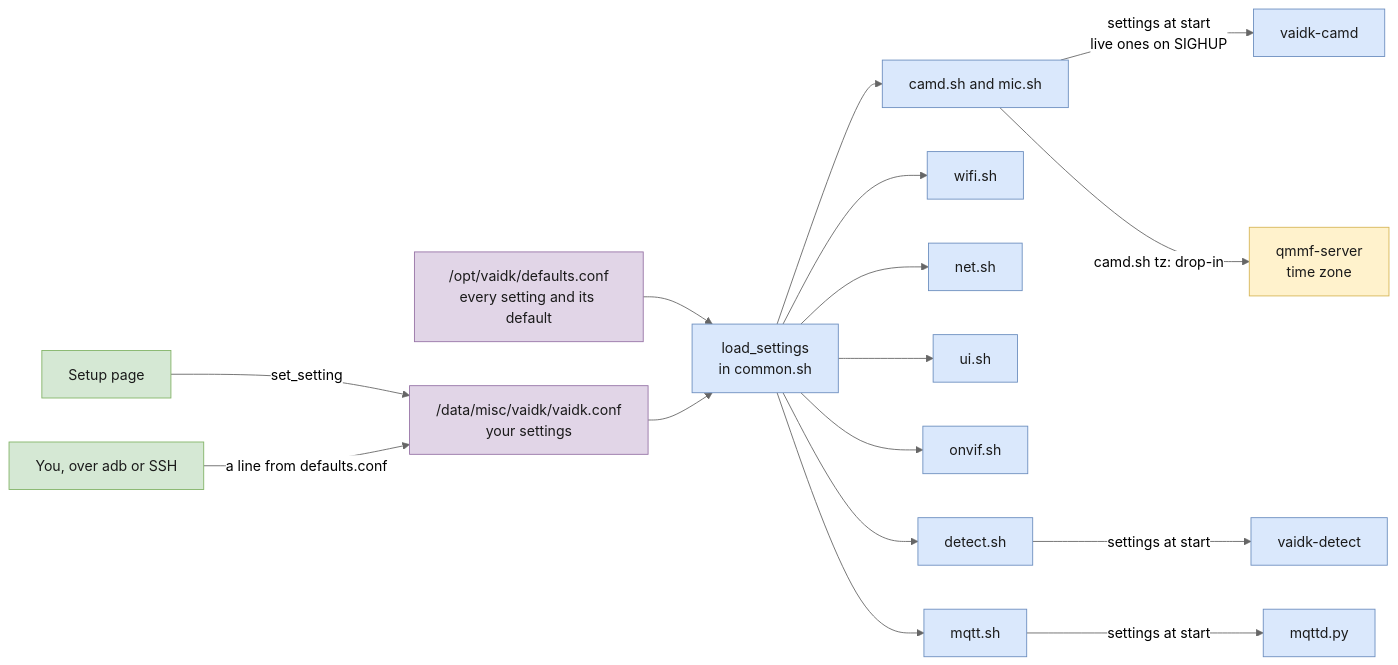
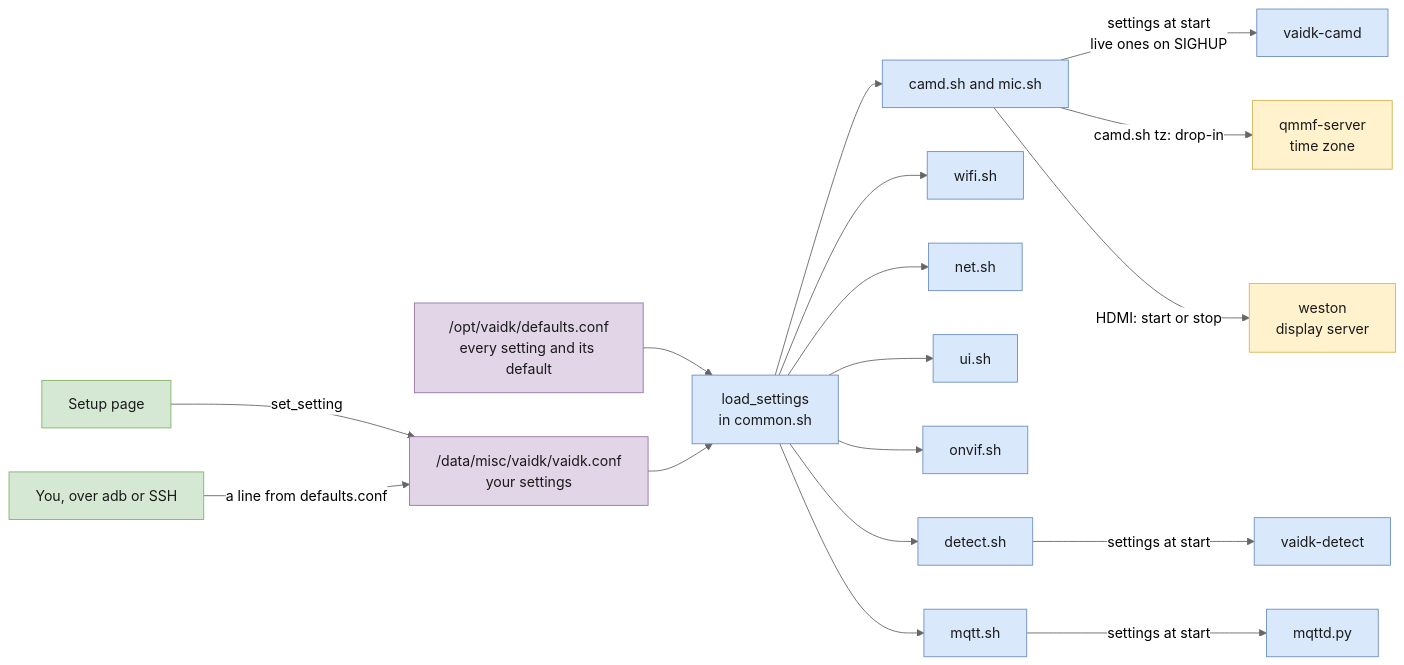
The eighth of 11 diagrams in ARCHITECTURE.md (howardginsburg/VisionAIDevKitRTSP), drawn with Mermaid (neutral theme) before and after one commit. The commit also changed other lines of this file and 19 other files, not shown here.

````diff
--- a/ARCHITECTURE.md
+++ b/ARCHITECTURE.md
@@ -299,26 +331,27 @@
 ```mermaid
 flowchart LR
     defaults["/opt/vaidk/defaults.conf<br/>every setting and its default"] --> load["load_settings<br/>in common.sh"]
     conf["/data/misc/vaidk/vaidk.conf<br/>your settings"] --> load
     page["Setup page"] -- "set_setting" --> conf
     hand["You, over adb or SSH"] -- "a line from defaults.conf" --> conf
     load --> camd["camd.sh and mic.sh"]
     load --> wifi["wifi.sh"]
     load --> net["net.sh"]
     load --> ui["ui.sh"]
     load --> onvif["onvif.sh"]
     load --> detsh["detect.sh"]
     load --> mqttsh["mqtt.sh"]
     camd -- "settings at start<br/>live ones on SIGHUP" --> prog["vaidk-camd"]
     camd -- "camd.sh tz: drop-in" --> qmmf["qmmf-server<br/>time zone"]
+    camd -- "HDMI: start or stop" --> weston["weston<br/>display server"]
     detsh -- "settings at start" --> det["vaidk-detect"]
     mqttsh -- "settings at start" --> mq["mqttd.py"]
     classDef use fill:#d5e8d4,stroke:#82b366,color:#1a1a1a
     classDef data fill:#e1d5e7,stroke:#9673a6,color:#1a1a1a
     classDef mod fill:#dae8fc,stroke:#6c8ebf,color:#1a1a1a
     classDef os fill:#fff2cc,stroke:#d6b656,color:#1a1a1a
     class page,hand use
     class defaults,conf data
     class load,camd,wifi,net,ui,onvif,detsh,mqttsh,prog,det,mq mod
-    class qmmf os
+    class qmmf,weston os
 ```
````
